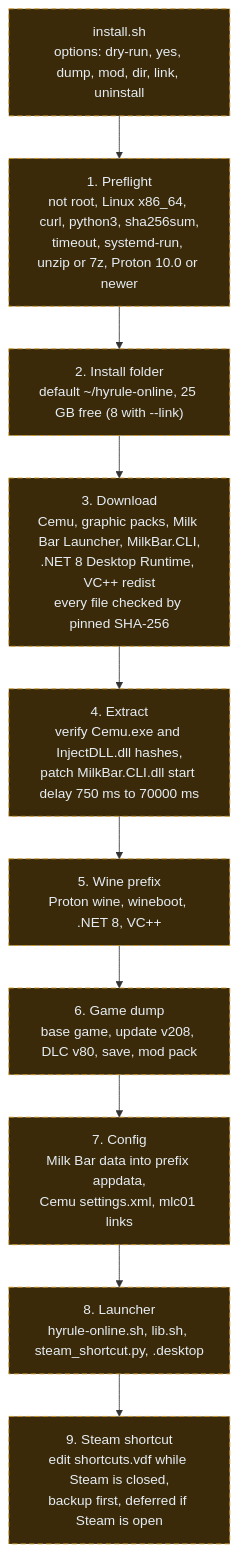
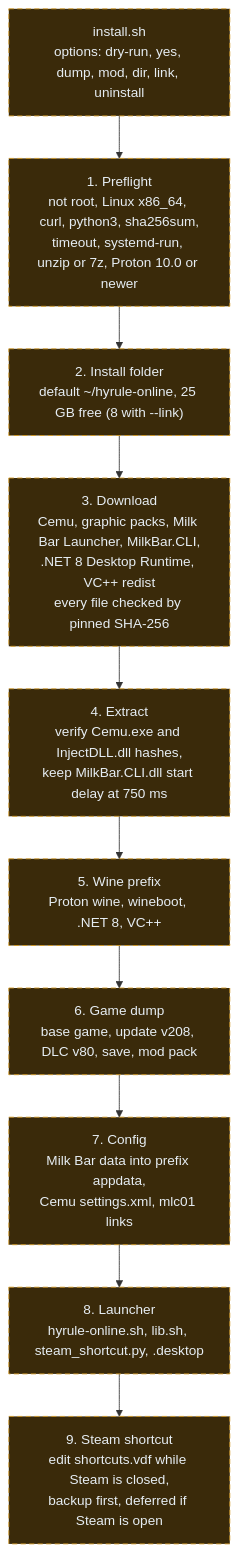
One commit to JUANES545/hyrule-online-launcher changed the ninth of 11 diagrams in docs/ARCHITECTURE.md. Above: the diagram before and after it, drawn with Mermaid. The commit also changed other lines of this file and 3 other files, not shown here.

````diff
--- a/docs/ARCHITECTURE.md
+++ b/docs/ARCHITECTURE.md
@@ -305,16 +305,16 @@
 ```mermaid
 flowchart TB
   classDef ok fill:#12351f,stroke:#3fb950,color:#e6edf3,stroke-width:2px
   classDef unv fill:#3a2a0a,stroke:#d29922,color:#e6edf3,stroke-dasharray: 6 4
   S0["install.sh<br/>options: dry-run, yes, dump, mod, dir, link, uninstall"]:::unv
   S1["1. Preflight<br/>not root, Linux x86_64, curl, python3, sha256sum,<br/>timeout, systemd-run, unzip or 7z, Proton 10.0 or newer"]:::unv
   S2["2. Install folder<br/>default ~/hyrule-online, 25 GB free (8 with --link)"]:::unv
   S3["3. Download<br/>Cemu, graphic packs, Milk Bar Launcher, MilkBar.CLI,<br/>.NET 8 Desktop Runtime, VC++ redist<br/>every file checked by pinned SHA-256"]:::unv
-  S4["4. Extract<br/>verify Cemu.exe and InjectDLL.dll hashes,<br/>patch MilkBar.CLI.dll start delay 750 ms to 70000 ms"]:::unv
+  S4["4. Extract<br/>verify Cemu.exe and InjectDLL.dll hashes,<br/>keep MilkBar.CLI.dll start delay at 750 ms"]:::unv
   S5["5. Wine prefix<br/>Proton wine, wineboot, .NET 8, VC++"]:::unv
   S6["6. Game dump<br/>base game, update v208, DLC v80, save, mod pack"]:::unv
   S7["7. Config<br/>Milk Bar data into prefix appdata,<br/>Cemu settings.xml, mlc01 links"]:::unv
   S8["8. Launcher<br/>hyrule-online.sh, lib.sh, steam_shortcut.py, .desktop"]:::unv
   S9["9. Steam shortcut<br/>edit shortcuts.vdf while Steam is closed,<br/>backup first, deferred if Steam is open"]:::unv
   S0 --> S1 --> S2 --> S3 --> S4 --> S5 --> S6 --> S7 --> S8 --> S9
 ```
````
